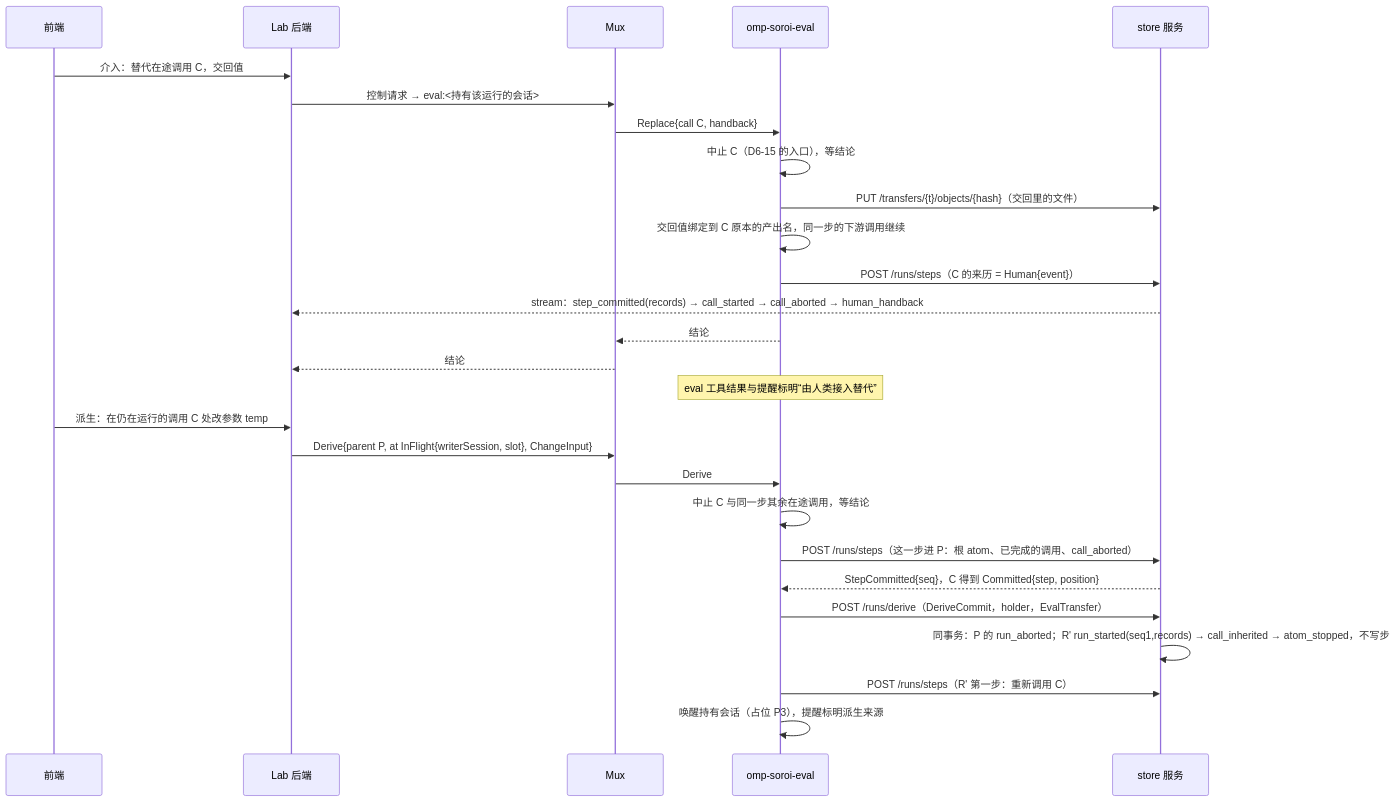
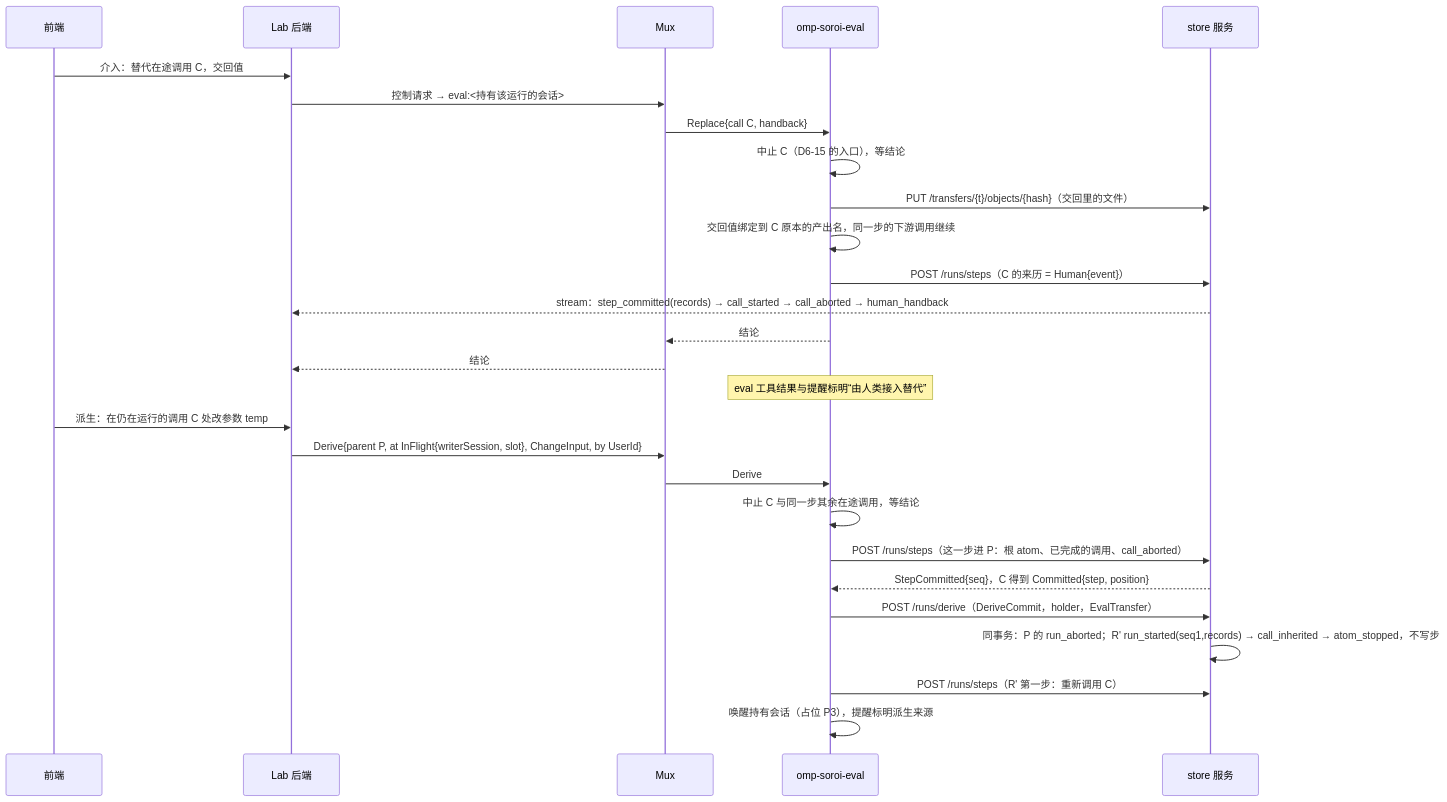
Before and after one commit to Pepgent/PM: the second of 2 diagrams in evidence/decisions/D6-store-service.md, drawn with Mermaid. The commit also changed other lines of this file and 5 other files, not shown here.

````diff
--- a/evidence/decisions/D6-store-service.md
+++ b/evidence/decisions/D6-store-service.md
@@ -280,29 +280,29 @@
 ```mermaid
 sequenceDiagram
   participant GUI as 前端
   participant LAB as Lab 后端
   participant MUX as Mux
   participant EV as omp-soroi-eval
   participant ST as store 服务
   GUI->>LAB: 介入：替代在途调用 C，交回值
   LAB->>MUX: 控制请求 → eval:<持有该运行的会话>
   MUX->>EV: Replace{call C, handback}
   EV->>EV: 中止 C（D6-15 的入口），等结论
   EV->>ST: PUT /transfers/{t}/objects/{hash}（交回里的文件）
   EV->>EV: 交回值绑定到 C 原本的产出名，同一步的下游调用继续
   EV->>ST: POST /runs/steps（C 的来历 = Human{event}）
   ST-->>LAB: stream：step_committed(records) → call_started → call_aborted → human_handback
   EV-->>MUX: 结论
   MUX-->>LAB: 结论
   Note over EV: eval 工具结果与提醒标明“由人类接入替代”
   GUI->>LAB: 派生：在仍在运行的调用 C 处改参数 temp
-  LAB->>MUX: Derive{parent P, at InFlight{writerSession, slot}, ChangeInput}
+  LAB->>MUX: Derive{parent P, at InFlight{writerSession, slot}, ChangeInput, by UserId}
   MUX->>EV: Derive
   EV->>EV: 中止 C 与同一步其余在途调用，等结论
   EV->>ST: POST /runs/steps（这一步进 P：根 atom、已完成的调用、call_aborted）
   ST-->>EV: StepCommitted{seq}，C 得到 Committed{step, position}
   EV->>ST: POST /runs/derive（DeriveCommit，holder，EvalTransfer）
   ST->>ST: 同事务：P 的 run_aborted；R' run_started(seq1,records) → call_inherited → atom_stopped，不写步
   EV->>ST: POST /runs/steps（R' 第一步：重新调用 C）
   EV->>EV: 唤醒持有会话（占位 P3），提醒标明派生来源
 ```
````
